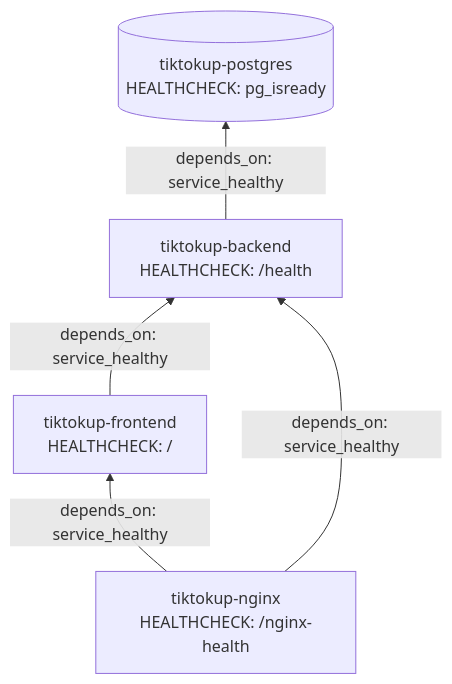
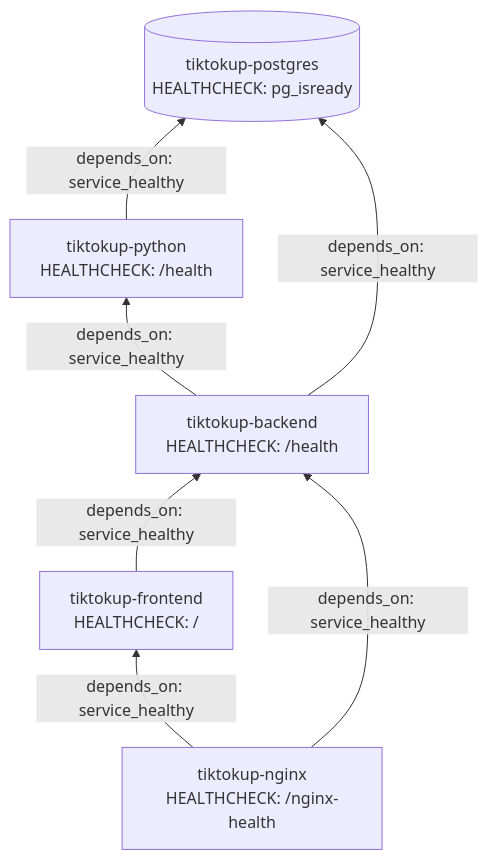
One commit to vlahanam/tiktokup changed the fourth of 4 diagrams in docs/system-architecture.md. Above: the diagram before and after it, drawn with Mermaid. The commit also changed other lines of this file and 31 other files, not shown here.

First line of the commit message:
feat: integrate Python 3.13 service with FastAPI and PostgreSQL

````diff
--- a/docs/system-architecture.md
+++ b/docs/system-architecture.md
@@ -131,12 +142,15 @@
 ```mermaid
 flowchart BT
     Postgres[("tiktokup-postgres\nHEALTHCHECK: pg_isready")]
+    Python["tiktokup-python\nHEALTHCHECK: /health"]
     Backend["tiktokup-backend\nHEALTHCHECK: /health"]
     Frontend["tiktokup-frontend\nHEALTHCHECK: /"]
     Nginx["tiktokup-nginx\nHEALTHCHECK: /nginx-health"]
 
+    Python -->|"depends_on: service_healthy"| Postgres
     Backend -->|"depends_on: service_healthy"| Postgres
+    Backend -->|"depends_on: service_healthy"| Python
     Frontend -->|"depends_on: service_healthy"| Backend
     Nginx -->|"depends_on: service_healthy"| Backend
     Nginx -->|"depends_on: service_healthy"| Frontend
 ```
````
